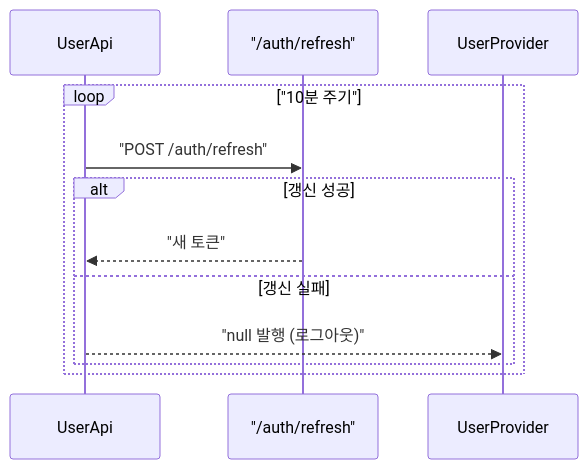
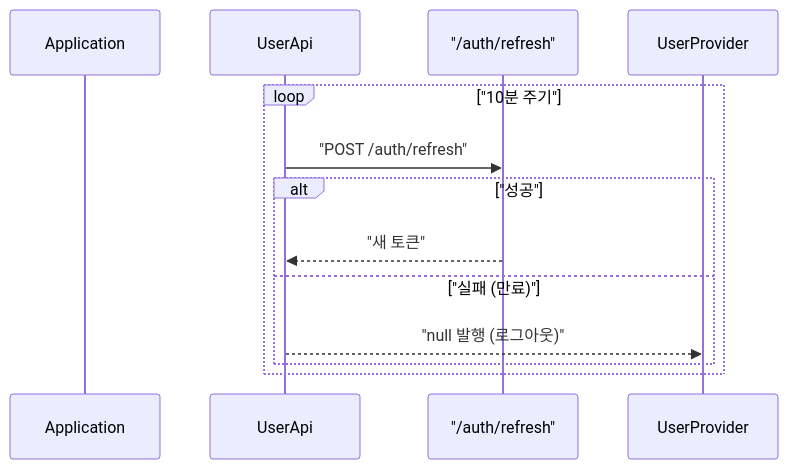
One commit to sayaya1090/handbook changed the fourth of 6 diagrams in shell-ui/USECASE.md. Above: the diagram before and after it, drawn with Mermaid. The commit also changed other lines of this file and 10 other files, not shown here.

````diff
--- a/shell-ui/USECASE.md
+++ b/shell-ui/USECASE.md
@@ -103,15 +81,16 @@
 ```mermaid
 sequenceDiagram
+    participant App as Application
     participant UA as UserApi
     participant Auth as "/auth/refresh"
     participant UP as UserProvider
 
     loop "10분 주기"
         UA->>Auth: "POST /auth/refresh"
-        alt 갱신 성공
+        alt "성공"
             Auth-->>UA: "새 토큰"
-        else 갱신 실패
+        else "실패 (만료)"
             UA-->>UP: "null 발행 (로그아웃)"
         end
     end
 ```
````
